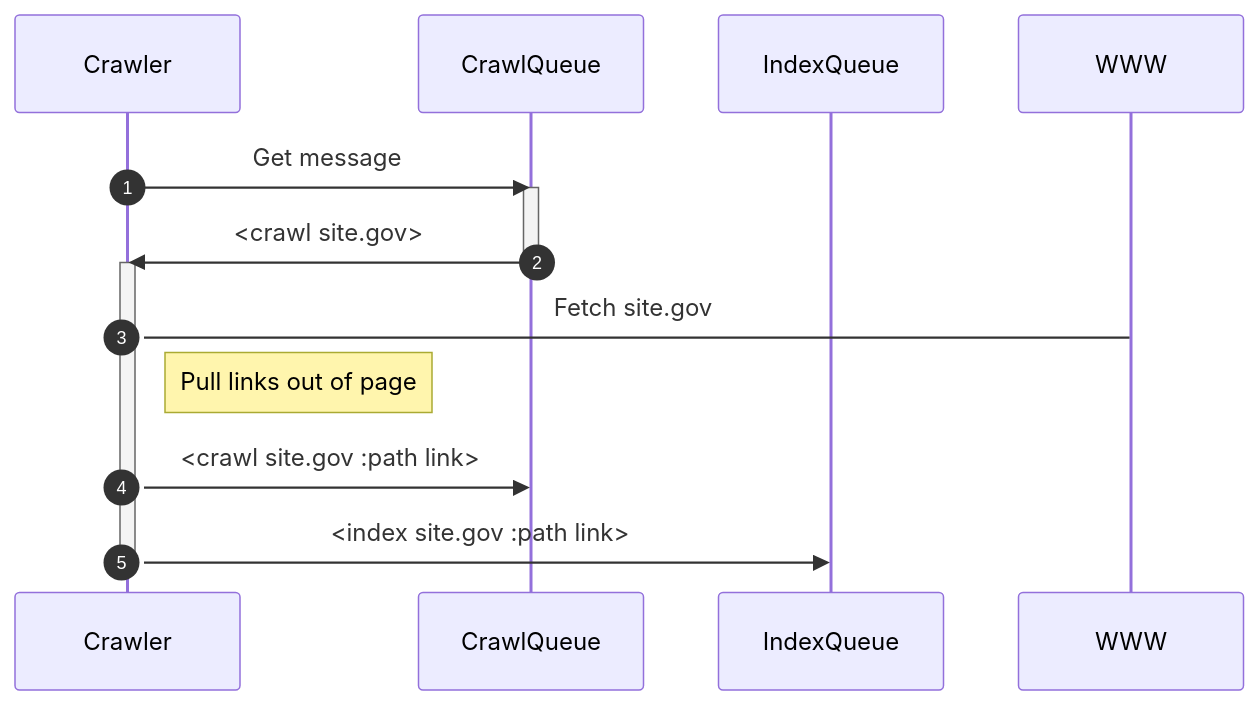
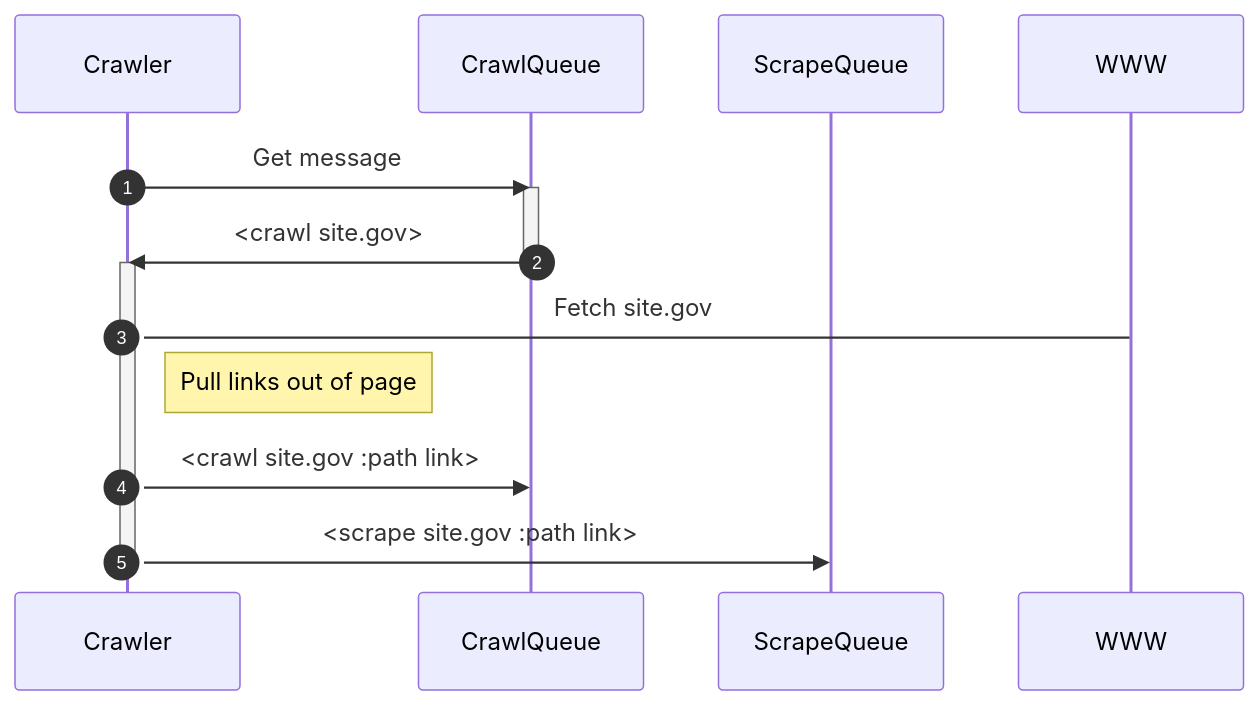
The fourth of 12 diagrams in pkg/types/REAME.md (jadudm/six), drawn with Mermaid before and after one commit. The commit also changed other lines of this file and 18 other files, not shown here.

````diff
--- a/pkg/types/REAME.md
+++ b/pkg/types/REAME.md
@@ -91,17 +91,17 @@
 ```mermaid
 sequenceDiagram
     autonumber
     participant C as Crawler
     participant CQ as CrawlQueue
-    participant IQ as IndexQueue
+    participant IQ as ScrapeQueue
     C->>CQ: Get message
     activate CQ
     CQ->>C: <crawl site.gov>
     deactivate CQ
     activate C
     C->WWW: Fetch site.gov
     Note right of C: Pull links out of page
     C->>CQ: <crawl site.gov :path link>
-    C->>IQ: <index site.gov :path link>
+    C->>IQ: <scrape site.gov :path link>
     deactivate C
 ```
````
